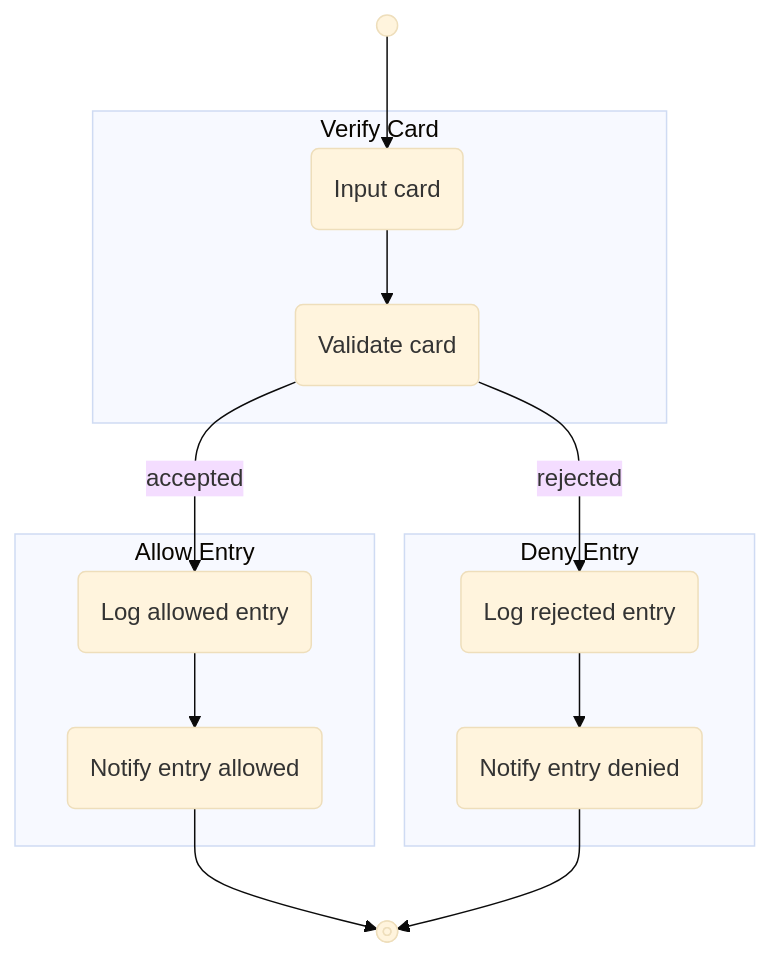
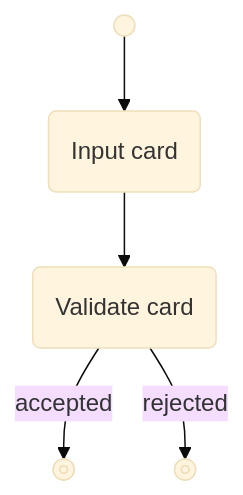
One commit to HillSheepStudios/poc-reqops changed the second of 8 diagrams in diagnostic docs/roadmap.md. Above: the diagram before and after it, drawn with Mermaid (base theme). The commit also changed other lines of this file and 2 other files, not shown here.

Commit message:
docs: refactor the roadmap structure

````diff
--- a/diagnostic docs/roadmap.md
+++ b/diagnostic docs/roadmap.md
@@ -7,25 +20,12 @@
 ```mermaid
 graph TB
     s@{ shape: start, label: "start"}
-    e@{ shape: stop, label: "end"}
-    subgraph Verify Card
-        f1a1@{ shape: rounded, label: "Input card"}
-        f1a2@{ shape: rounded, label: "Validate card"}
-        f1a1-->f1a2
-    end
-    subgraph Allow Entry
-        f2a1@{ shape: rounded, label: "Log allowed entry"}
-        f2a2@{ shape: rounded, label: "Notify entry allowed"}
-        f2a1-->f2a2
-    end
-    subgraph Deny Entry
-        f3a1@{ shape: rounded, label: "Log rejected entry"}
-        f3a2@{ shape: rounded, label: "Notify entry denied"}
-        f3a1-->f3a2
-    end
+    e1@{ shape: stop, label: "accepted"}
+    e2@{ shape: stop, label: "rejected"}
+    f1a1@{ shape: rounded, label: "Input card"}
+    f1a2@{ shape: rounded, label: "Validate card"}
     
-    s-->f1a1
-    f1a2-->|accepted|f2a1
-    f1a2-->|rejected|f3a1
-    f2a2 & f3a2-->e
+    s-->f1a1-->f1a2
+    f1a2-->|accepted|e1
+    f1a2-->|rejected|e2
 ```
````
